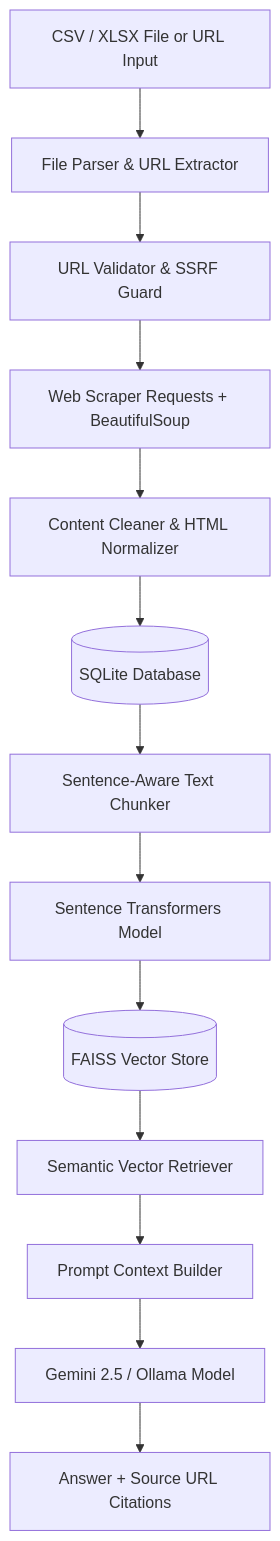
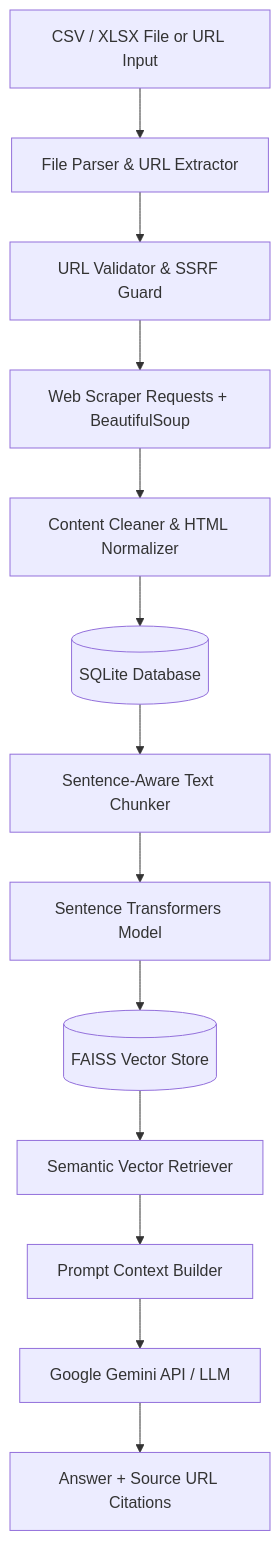
Before and after one commit to Durai-Kannan/Knowledge-Base: the diagram in README.md, drawn with Mermaid. The commit also changed other lines of this file, not shown here.

````diff
--- a/README.md
+++ b/README.md
@@ -11,15 +9,15 @@
 ```mermaid
 flowchart TD
     CSV[CSV / XLSX File or URL Input] --> Parser[File Parser & URL Extractor]
     Parser --> Validator[URL Validator & SSRF Guard]
     Validator --> Scraper[Web Scraper Requests + BeautifulSoup]
     Scraper --> Cleaner[Content Cleaner & HTML Normalizer]
     Cleaner --> DB[(SQLite Database)]
     DB --> Chunker[Sentence-Aware Text Chunker]
     Chunker --> Embedder[Sentence Transformers Model]
     Embedder --> FAISS[(FAISS Vector Store)]
     FAISS --> Retriever[Semantic Vector Retriever]
     Retriever --> Prompt[Prompt Context Builder]
-    Prompt --> LLM[Gemini 2.5 / Ollama Model]
+    Prompt --> LLM[Google Gemini API / LLM]
     LLM --> Response[Answer + Source URL Citations]
 ```
````
